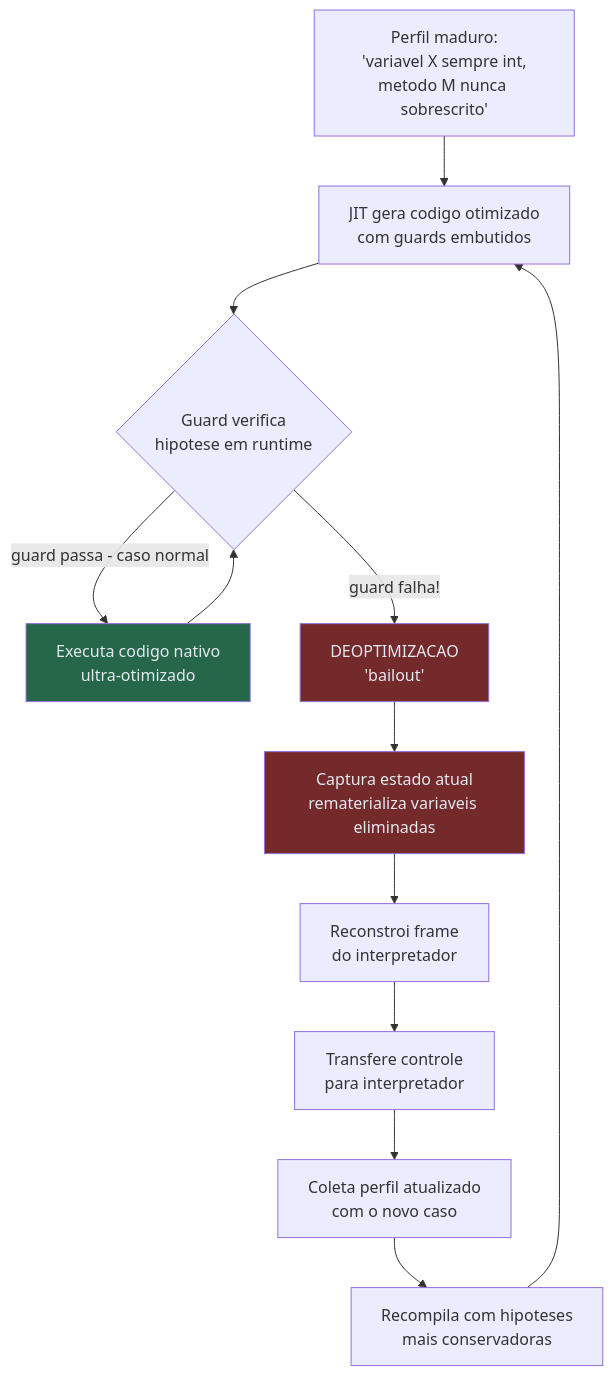
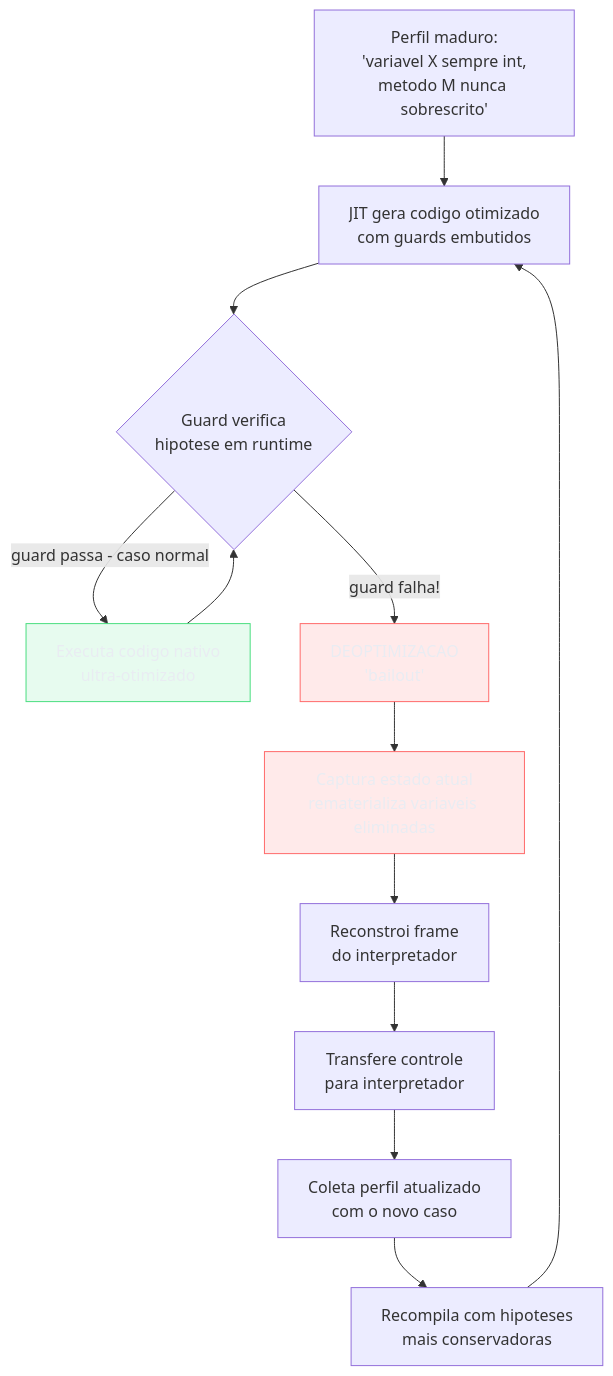
The fourth of 5 diagrams in 03-Dominios/Ciência/Compiladores e Linguagens/17 - JIT a fundo.md (josenaldo/codex-technomanticus), drawn with Mermaid before and after one commit. The commit also changed other lines of this file and 1181 other files, not shown here.

First line of the commit message:
fix(diagramas): paleta do sistema no lugar de cor cravada no markdown

````diff
--- a/03-Dominios/Ciência/Compiladores e Linguagens/17 - JIT a fundo.md
+++ b/03-Dominios/Ciência/Compiladores e Linguagens/17 - JIT a fundo.md
@@ -233,18 +238,20 @@
 ```mermaid
 flowchart TD
+    classDef ok fill:#4ADE8021,stroke:#4ADE80,color:#E9ECF2
+    classDef falha fill:#FF6B6B24,stroke:#FF6B6B,color:#E9ECF2
     A["Perfil maduro:\n'variavel X sempre int,\nmetodo M nunca sobrescrito'"] --> B["JIT gera codigo otimizado\ncom guards embutidos"]
     B --> C{"Guard verifica\nhipotese em runtime"}
     C -->|"guard passa - caso normal"| D["Executa codigo nativo\nultra-otimizado"]
     D --> C
     C -->|"guard falha!"| E["DEOPTIMIZACAO\n'bailout'"]
     E --> F["Captura estado atual\nrematerializa variaveis eliminadas"]
     F --> G["Reconstroi frame\ndo interpretador"]
     G --> H["Transfere controle\npara interpretador"]
     H --> I["Coleta perfil atualizado\ncom o novo caso"]
     I --> J["Recompila com hipoteses\nmais conservadoras"]
     J --> B
 
-    style D fill:#276749,color:#e2e8f0
-    style E fill:#742a2a,color:#e2e8f0
-    style F fill:#742a2a,color:#e2e8f0
+    class D ok
+    class E falha
+    class F falha
 ```
````
